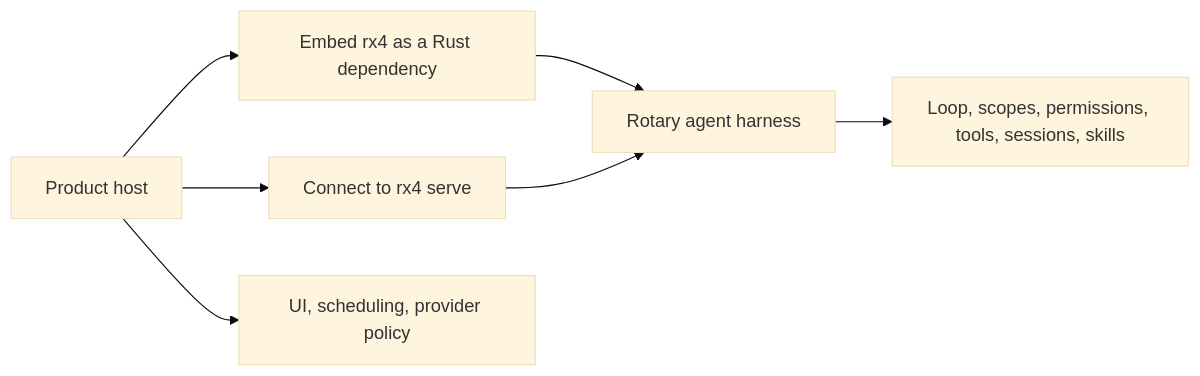
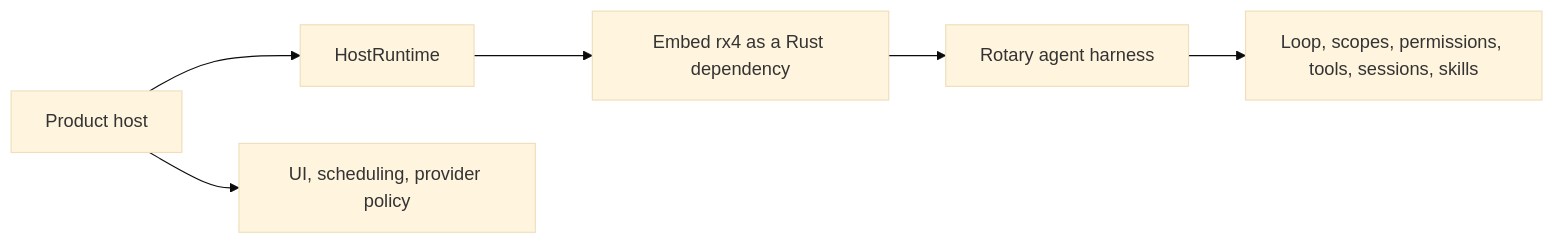
One commit to tschk/rotary changed the diagram in docs/README.md. Above: the diagram before and after it, drawn with Mermaid (base theme). The commit also changed other lines of this file and 3 other files, not shown here.

Commit message:
docs: clarify engine host boundary

````diff
--- a/docs/README.md
+++ b/docs/README.md
@@ -5,9 +5,8 @@
 ```mermaid
 flowchart LR
-  Host["Product host"] --> Embed["Embed rx4 as a Rust dependency"]
-  Host --> IPC["Connect to rx4 serve"]
+  Host["Product host"] --> Runtime["HostRuntime"]
+  Runtime --> Embed["Embed rx4 as a Rust dependency"]
   Embed --> Engine["Rotary agent harness"]
-  IPC --> Engine
   Engine --> Capabilities["Loop, scopes, permissions, tools, sessions, skills"]
   Host --> Policy["UI, scheduling, provider policy"]
 ```
````
